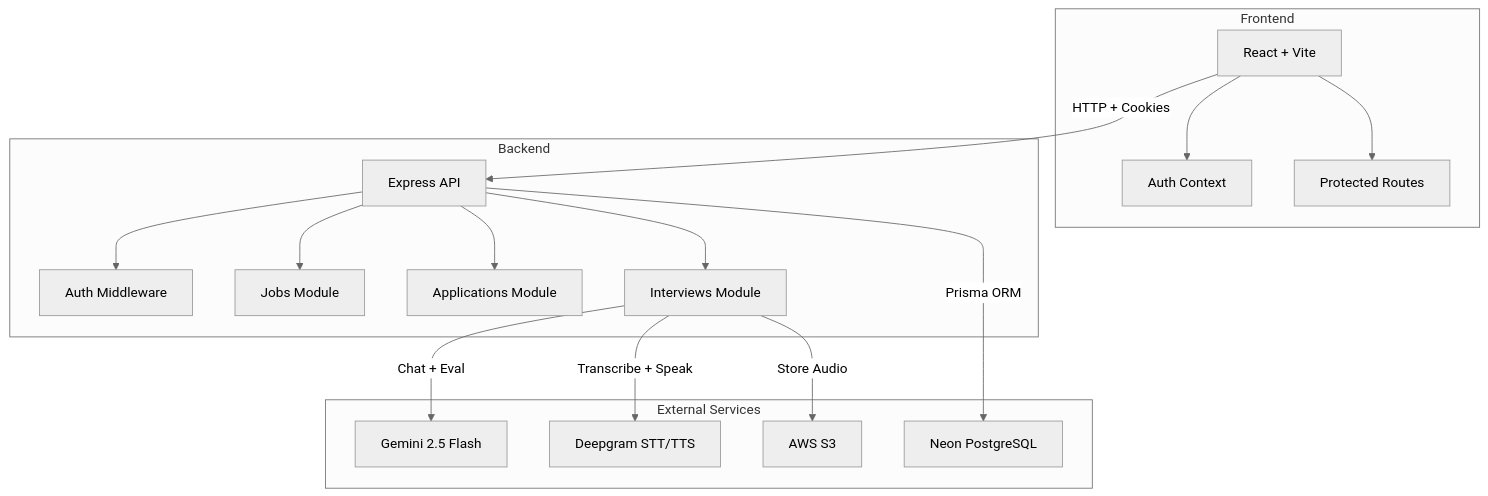
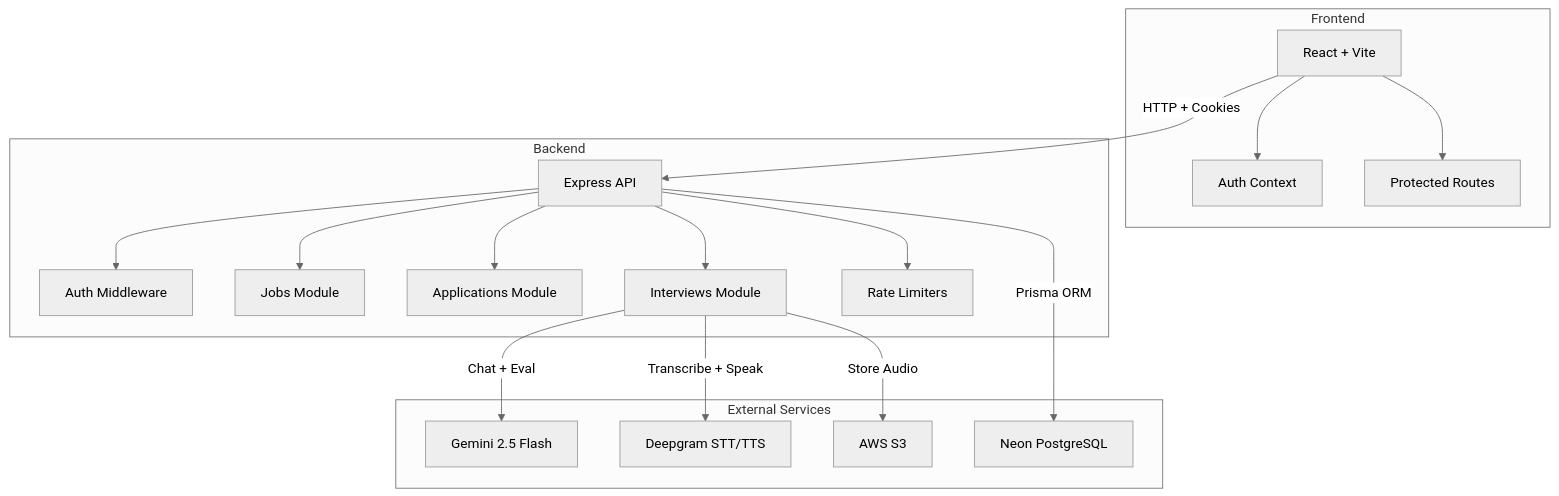
The diagram in README.md (akshunshukla/Interview-IQ), drawn with Mermaid (neutral theme) before and after one commit. The commit also changed other lines of this file and 4 other files, not shown here.

Commit message:
fix: update rate limiters

````diff
--- a/README.md
+++ b/README.md
@@ -38,27 +40,28 @@
 ```mermaid
 graph TB
     subgraph Frontend
         A[React + Vite] --> B[Auth Context]
         A --> C[Protected Routes]
     end
 
     subgraph Backend
         D[Express API] --> E[Auth Middleware]
         D --> F[Jobs Module]
         D --> G[Applications Module]
         D --> H[Interviews Module]
+        D --> R[Rate Limiters]
     end
 
     subgraph External Services
         I[Gemini 2.5 Flash]
         J[Deepgram STT/TTS]
         K[AWS S3]
         L[Neon PostgreSQL]
     end
 
     A -->|HTTP + Cookies| D
     H -->|Chat + Eval| I
     H -->|Transcribe + Speak| J
     H -->|Store Audio| K
     D -->|Prisma ORM| L
 ```
````
